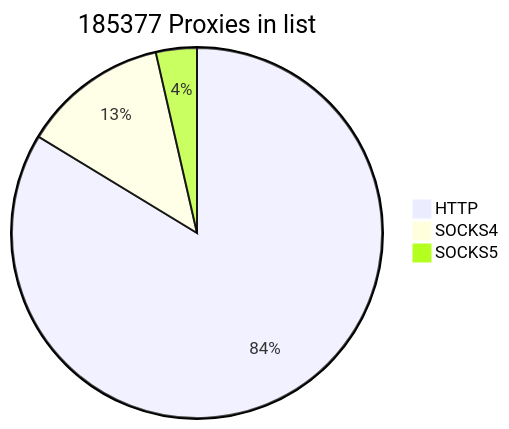
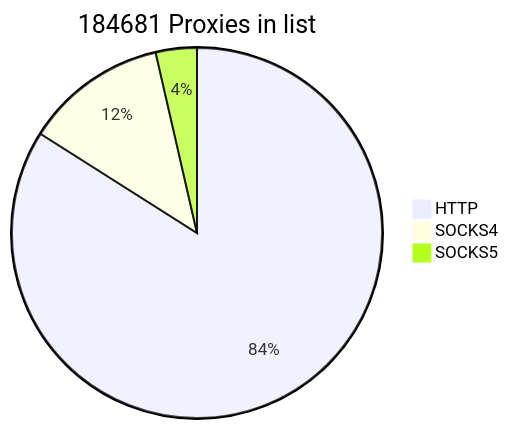
Before and after one commit to cutipu/proxylist: the first of 2 diagrams in README.md, drawn with Mermaid. The commit also changed other lines of this file, not shown here.

````diff
--- a/README.md
+++ b/README.md
@@ -2,7 +2,7 @@
 ```mermaid
-pie title 185377 Proxies in list
-    "HTTP" : 155136
-    "SOCKS4" : 23617
+pie title 184681 Proxies in list
+    "HTTP" : 155112
+    "SOCKS4" : 22945
     "SOCKS5" : 6624
             
 ```
````
